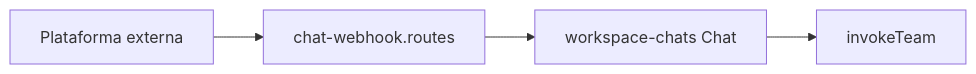
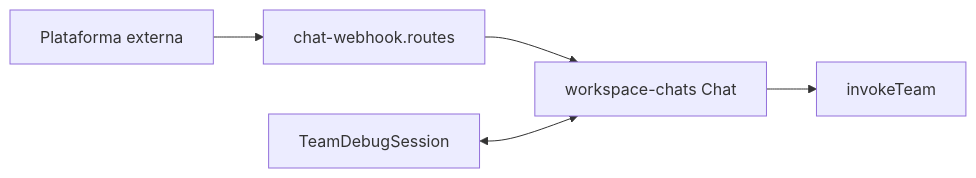
Before and after one commit to whitebeardit/agents-team-crafter: the diagram in v0-team-ai-crafter/docs/chat-sdk.md, drawn with Mermaid. The commit also changed other lines of this file and 1 other file, not shown here.

Commit message:
docs(chat-sdk): sessão de debug e histórico inbound
- TeamDebugSession, conversationId inbound e paridade com a consola
- Diagrama e referências em chat-sdk.md e CHAT_SDK_TEAM_TRIGGER.md

Made-with: Cursor

````diff
--- a/v0-team-ai-crafter/docs/chat-sdk.md
+++ b/v0-team-ai-crafter/docs/chat-sdk.md
@@ -64,11 +65,13 @@
 ```mermaid
 flowchart LR
   Ext[Plataforma externa]
   Hook[chat-webhook.routes]
   ChatMod[workspace-chats Chat]
   Run[invokeTeam]
+  Sess[TeamDebugSession]
 
   Ext --> Hook
   Hook --> ChatMod
   ChatMod --> Run
+  Sess <--> ChatMod
 ```
````
